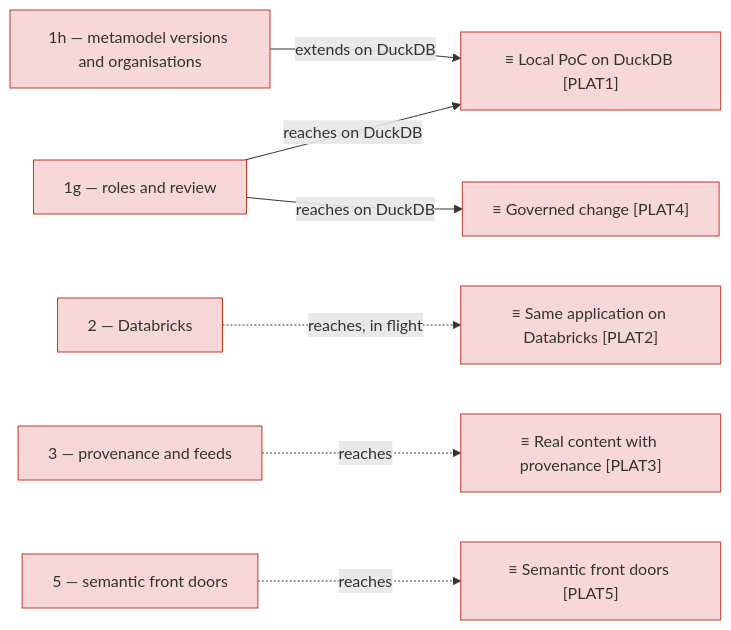
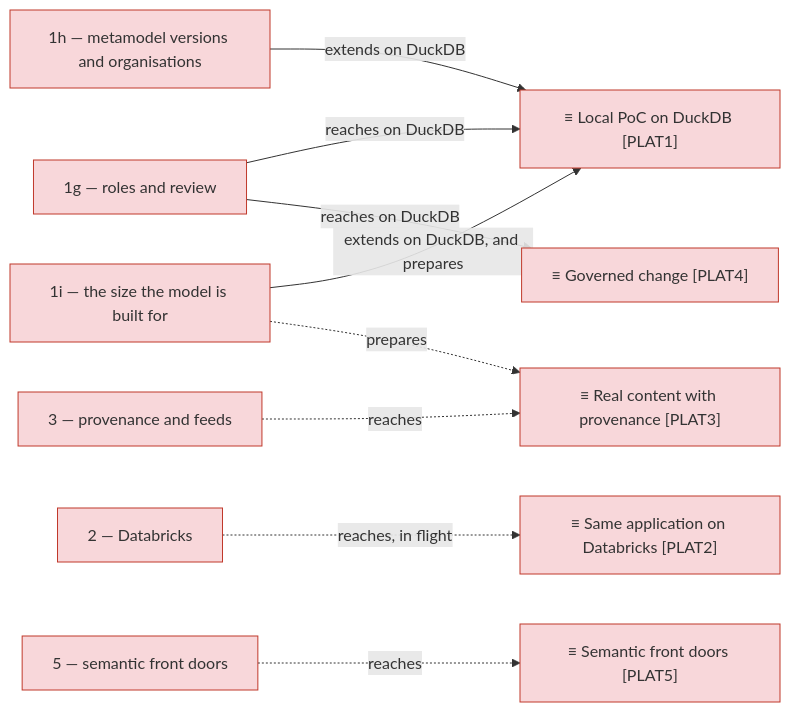
The third of 3 diagrams in architecture/6_transition/2_sequence.md (roanboc/dbx-enterprise-architecture), drawn with Mermaid before and after one commit. The commit also changed other lines of this file and 12 other files, not shown here.

````diff
--- a/architecture/6_transition/2_sequence.md
+++ b/architecture/6_transition/2_sequence.md
@@ -51,21 +52,24 @@
 ```mermaid
 flowchart LR
   s1g["1g — roles and review"]:::implementation
   s1h["1h — metamodel versions and organisations"]:::implementation
+  s1i["1i — the size the model is built for"]:::implementation
   s2["2 — Databricks"]:::implementation
   s3["3 — provenance and feeds"]:::implementation
   s5["5 — semantic front doors"]:::implementation
   p1["≡ Local PoC on DuckDB [PLAT1]"]:::implementation
   p2["≡ Same application on Databricks [PLAT2]"]:::implementation
   p3["≡ Real content with provenance [PLAT3]"]:::implementation
   p4["≡ Governed change [PLAT4]"]:::implementation
   p5["≡ Semantic front doors [PLAT5]"]:::implementation
   s1g -->|reaches on DuckDB| p1
   s1g -->|reaches on DuckDB| p4
   s1h -->|extends on DuckDB| p1
+  s1i -->|extends on DuckDB, and prepares| p1
+  s1i -.->|prepares| p3
   s2 -.->|reaches, in flight| p2
   s3 -.->|reaches| p3
   s5 -.->|reaches| p5
 
   classDef implementation fill:#f8d7da,stroke:#c0392b,color:#333
 ```
````
